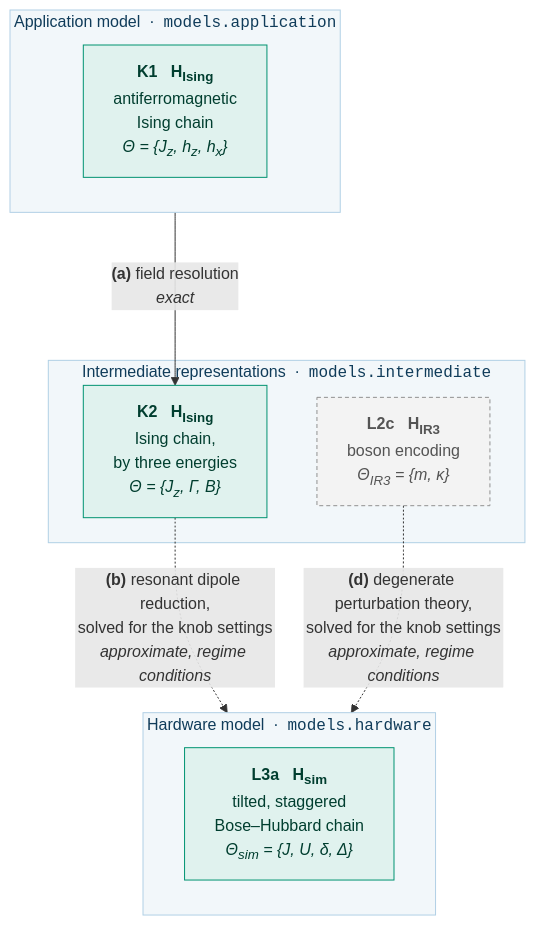
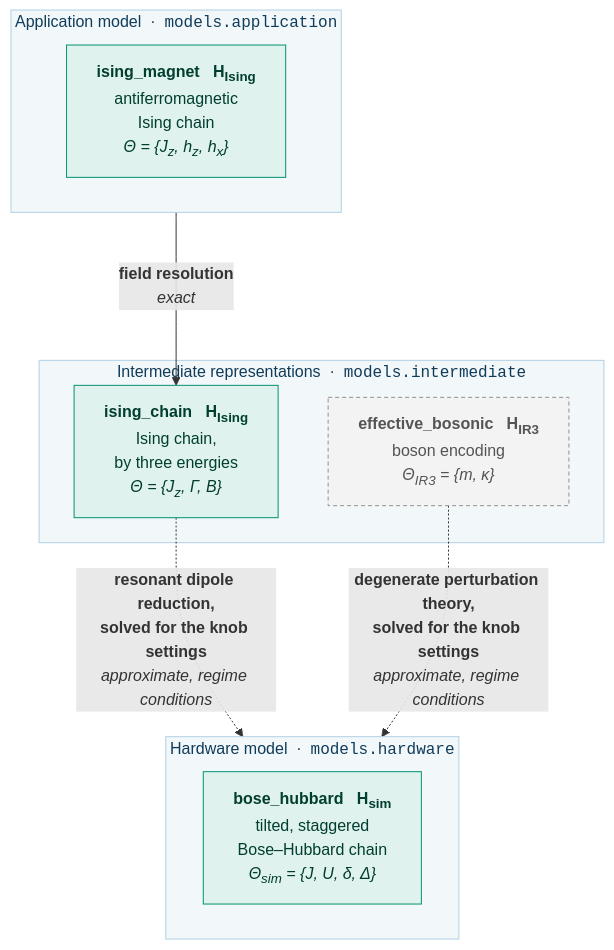
The diagram in docs/ising.md (lfd/qsimod), drawn with Mermaid before and after one commit. The commit also changed other lines of this file and 41 other files, not shown here.

````diff
--- a/docs/ising.md
+++ b/docs/ising.md
@@ -19,28 +19,28 @@
 ```mermaid
 flowchart TB
     subgraph LV1["Application model &nbsp;·&nbsp; <code>models.application</code>"]
         direction LR
-        K1["<b>K1 &nbsp; H<sub>Ising</sub></b><br/>antiferromagnetic<br/>Ising chain<br/><i>Θ = {J<sub>z</sub>, h<sub>z</sub>, h<sub>x</sub>}</i>"]
+        ising_magnet["<b>ising_magnet &nbsp; H<sub>Ising</sub></b><br/>antiferromagnetic<br/>Ising chain<br/><i>Θ = {J<sub>z</sub>, h<sub>z</sub>, h<sub>x</sub>}</i>"]
     end
     subgraph LV2["Intermediate representations &nbsp;·&nbsp; <code>models.intermediate</code>"]
-        K2["<b>K2 &nbsp; H<sub>Ising</sub></b><br/>Ising chain,<br/>by three energies<br/><i>Θ = {J<sub>z</sub>, Γ, B}</i>"]
-        L2c["<b>L2c &nbsp; H<sub>IR3</sub></b><br/>boson encoding<br/><i>Θ<sub>IR3</sub> = {m, κ}</i>"]
+        ising_chain["<b>ising_chain &nbsp; H<sub>Ising</sub></b><br/>Ising chain,<br/>by three energies<br/><i>Θ = {J<sub>z</sub>, Γ, B}</i>"]
+        effective_bosonic["<b>effective_bosonic &nbsp; H<sub>IR3</sub></b><br/>boson encoding<br/><i>Θ<sub>IR3</sub> = {m, κ}</i>"]
     end
     subgraph LV3["Hardware model &nbsp;·&nbsp; <code>models.hardware</code>"]
         direction LR
-        L3a["<b>L3a &nbsp; H<sub>sim</sub></b><br/>tilted, staggered<br/>Bose–Hubbard chain<br/><i>Θ<sub>sim</sub> = {J, U, δ, Δ}</i>"]
+        bose_hubbard["<b>bose_hubbard &nbsp; H<sub>sim</sub></b><br/>tilted, staggered<br/>Bose–Hubbard chain<br/><i>Θ<sub>sim</sub> = {J, U, δ, Δ}</i>"]
     end
 
-    K1  ---> |"<b>(a)</b> field resolution<br/><i>exact</i>"| K2
-    K2  -. "<b>(b)</b> resonant dipole reduction,<br/>solved for the knob settings<br/><i>approximate, regime conditions</i>" .-> L3a
+    ising_magnet ---> |"<b>field resolution</b><br/><i>exact</i>"| ising_chain
+    ising_chain -. "<b>resonant dipole reduction,<br/>solved for the knob settings</b><br/><i>approximate, regime conditions</i>" .-> bose_hubbard
 
-    L2c -. "<b>(d)</b> degenerate perturbation theory,<br/>solved for the knob settings<br/><i>approximate, regime conditions</i>" .-> L3a
+    effective_bosonic -. "<b>degenerate perturbation theory,<br/>solved for the knob settings</b><br/><i>approximate, regime conditions</i>" .-> bose_hubbard
 
     classDef ham fill:#e0f2ee,stroke:#009371,color:#003e2f
     classDef ctx fill:#f3f3f3,stroke:#919191,color:#545454,stroke-dasharray:4 3
-    class K1,K2,L3a ham
-    class L2c ctx
+    class ising_magnet,ising_chain,bose_hubbard ham
+    class effective_bosonic ctx
     style LV1 fill:#f2f7fa,stroke:#b1d0e5,color:#103c5a
     style LV2 fill:#f2f7fa,stroke:#b1d0e5,color:#103c5a
     style LV3 fill:#f2f7fa,stroke:#b1d0e5,color:#103c5a
 ```
````
